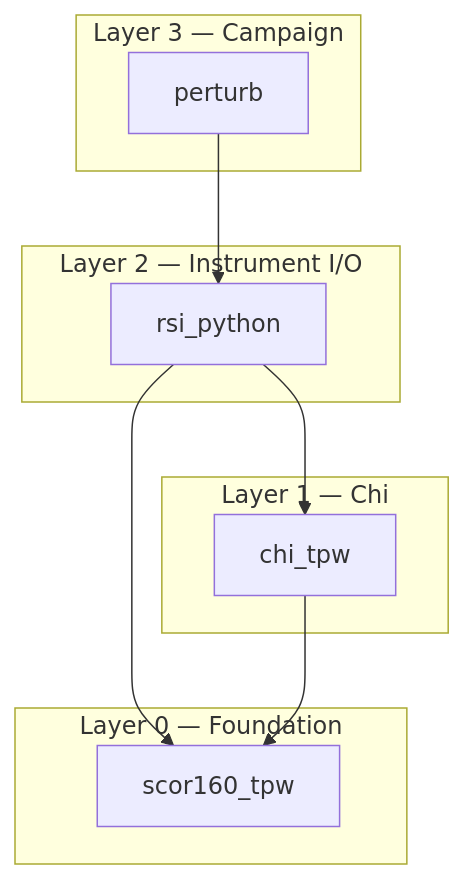
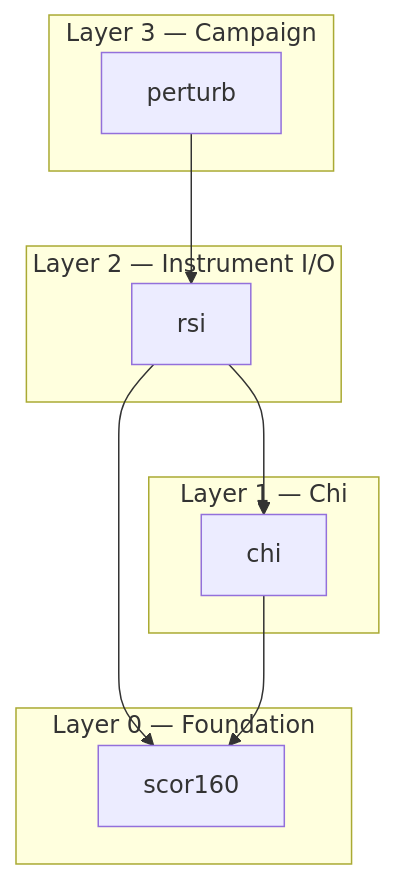
One commit to mousebrains/turbulence changed the first of 6 diagrams in docs/ARCHITECTURE.md. Above: the diagram before and after it, drawn with Mermaid. The commit also changed other lines of this file and 140 other files, not shown here.

````diff
--- a/docs/ARCHITECTURE.md
+++ b/docs/ARCHITECTURE.md
@@ -20,23 +20,23 @@
 ```mermaid
 graph TD
     subgraph "Layer 0 — Foundation"
-        S[scor160_tpw]
+        S[scor160]
     end
 
     subgraph "Layer 1 — Chi"
-        C[chi_tpw]
+        C[chi]
     end
 
     subgraph "Layer 2 — Instrument I/O"
-        R[rsi_python]
+        R[rsi]
     end
 
     subgraph "Layer 3 — Campaign"
         P[perturb]
     end
 
     P --> R
     R --> C
     R --> S
     C --> S
 ```
````
